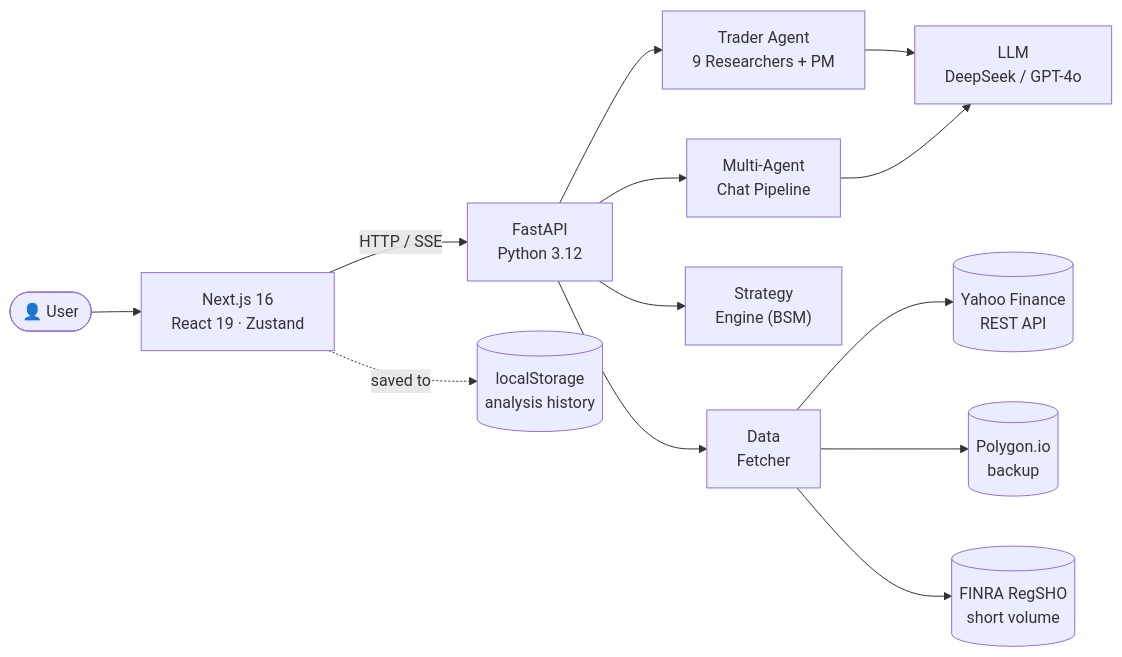
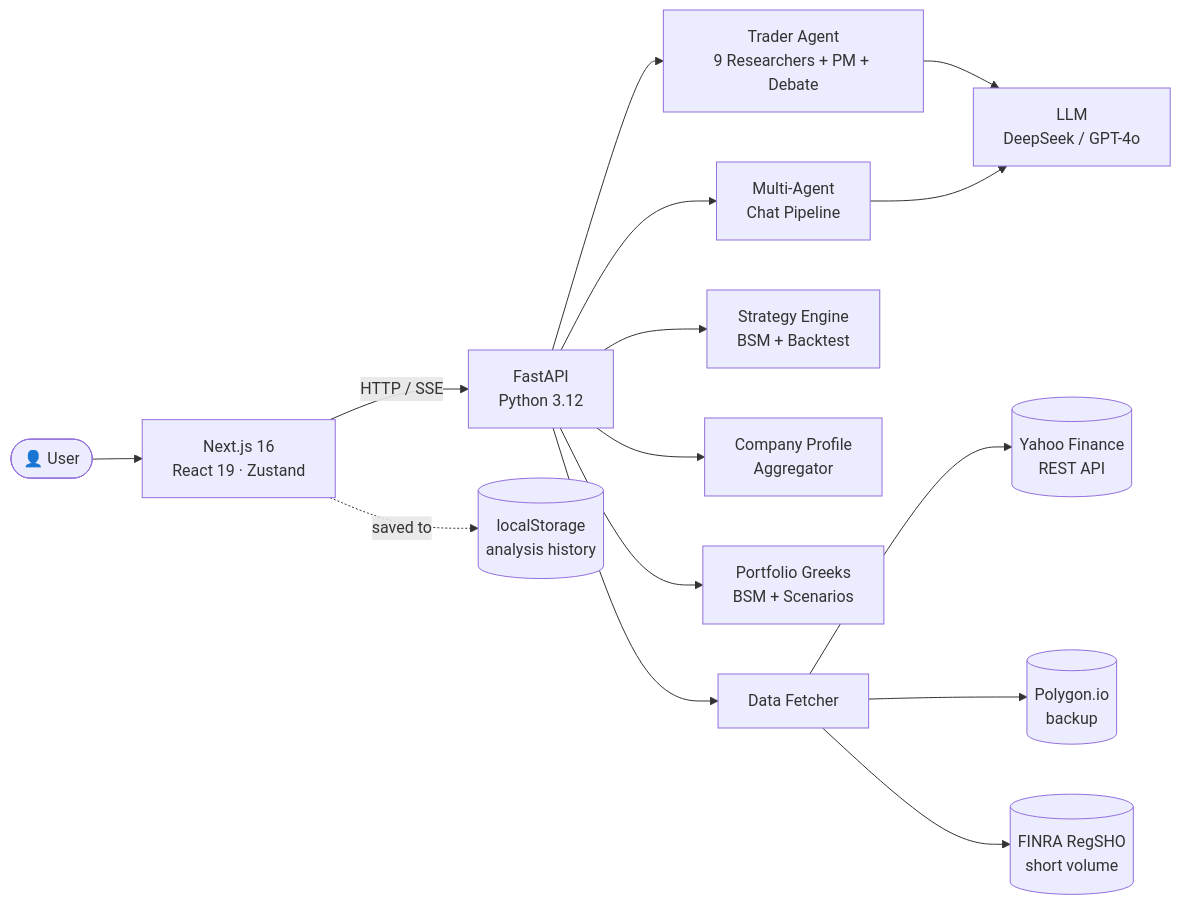
Before and after one commit to Jose-MUJOSE/optionsai: the diagram in README.md, drawn with Mermaid. The commit also changed other lines of this file, not shown here.

First line of the commit message:
docs: update README — company profile, Portfolio Greeks, scientific backtest, Bull/Bear debate, researcher selector

````diff
--- a/README.md
+++ b/README.md
@@ -181,15 +226,17 @@
 ```mermaid
 flowchart LR
     U(["👤 User"]) --> FE["Next.js 16<br/>React 19 · Zustand"]
     FE -- "HTTP / SSE" --> API["FastAPI<br/>Python 3.12"]
-    API --> TA["Trader Agent<br/>9 Researchers + PM"]
+    API --> TA["Trader Agent<br/>9 Researchers + PM + Debate"]
     API --> ORC["Multi-Agent<br/>Chat Pipeline"]
-    API --> SE["Strategy<br/>Engine (BSM)"]
-    API --> DF["Data<br/>Fetcher"]
+    API --> SE["Strategy Engine<br/>BSM + Backtest"]
+    API --> CP["Company Profile<br/>Aggregator"]
+    API --> PG["Portfolio Greeks<br/>BSM + Scenarios"]
+    API --> DF["Data Fetcher"]
     TA --> LLM["LLM<br/>DeepSeek / GPT-4o"]
     ORC --> LLM
     DF --> YF[("Yahoo Finance<br/>REST API")]
-    DF --> PG[("Polygon.io<br/>backup")]
+    DF --> PO[("Polygon.io<br/>backup")]
     DF --> FR[("FINRA RegSHO<br/>short volume")]
     FE -. "saved to" .-> LS[("localStorage<br/>analysis history")]
 ```
````
